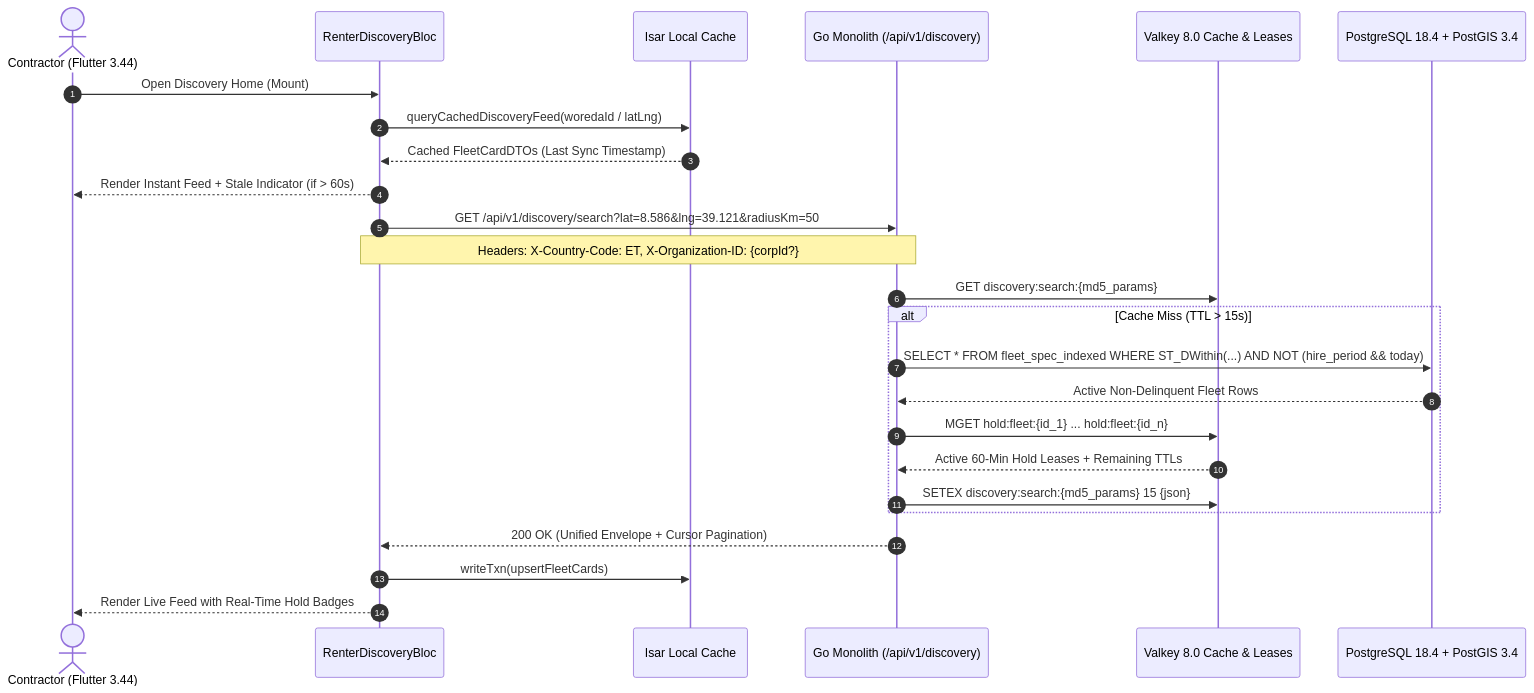
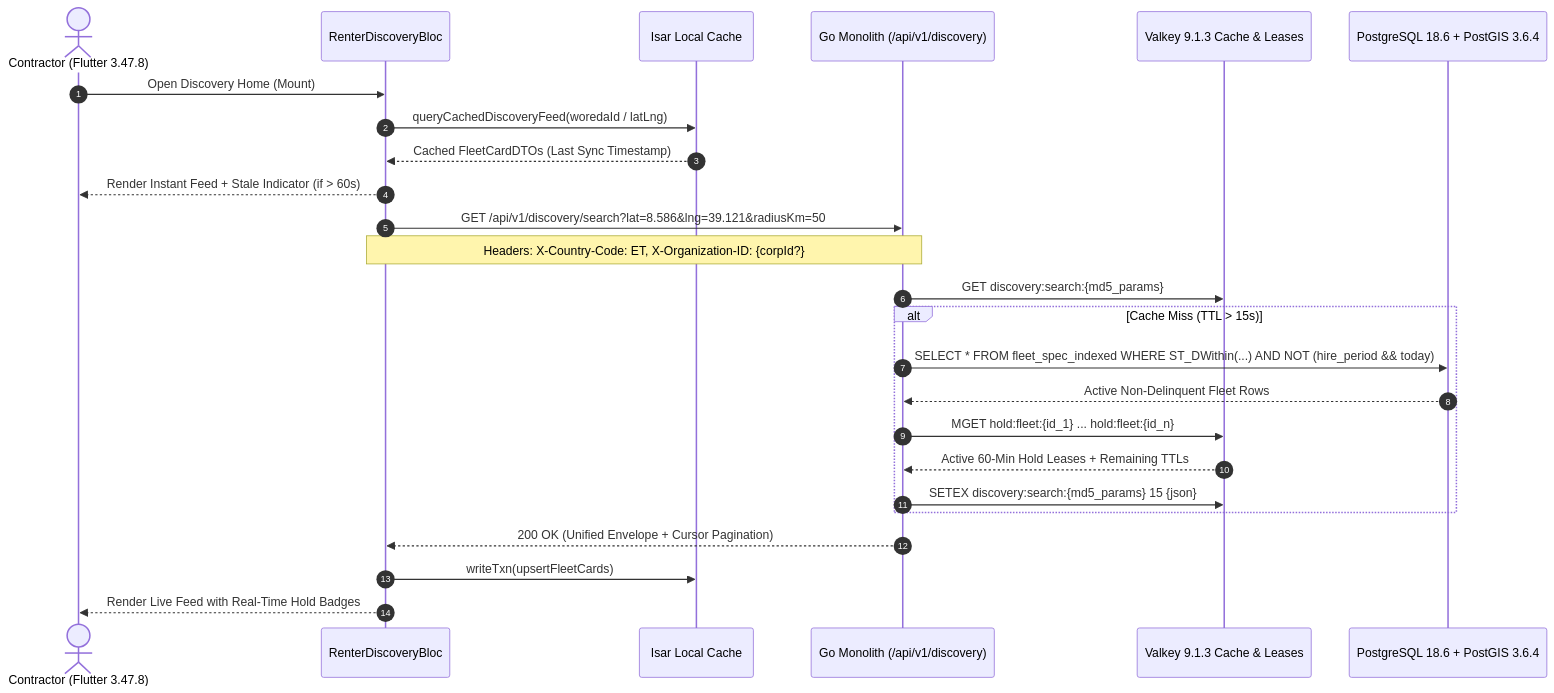
One commit to YDink/Heavy-Machinery-Logistics-Rental changed the second of 2 diagrams in docs/mobile/renter-experience/01-renter-home-discovery.md. Above: the diagram before and after it, drawn with Mermaid. The commit also changed other lines of this file and 212 other files, not shown here.

````diff
--- a/docs/mobile/renter-experience/01-renter-home-discovery.md
+++ b/docs/mobile/renter-experience/01-renter-home-discovery.md
@@ -125,28 +125,28 @@
 ```mermaid
 sequenceDiagram
     autonumber
-    actor Renter as Contractor (Flutter 3.44)
+    actor Renter as Contractor (Flutter 3.47.8)
     participant BLoC as RenterDiscoveryBloc
     participant Isar as Isar Local Cache
     participant API as Go Monolith (/api/v1/discovery)
-    participant Valkey as Valkey 8.0 Cache & Leases
-    participant PG as PostgreSQL 18.4 + PostGIS 3.4
+    participant Valkey as Valkey 9.1.3 Cache & Leases
+    participant PG as PostgreSQL 18.6 + PostGIS 3.6.4
 
     Renter->>BLoC: Open Discovery Home (Mount)
     BLoC->>Isar: queryCachedDiscoveryFeed(woredaId / latLng)
     Isar-->>BLoC: Cached FleetCardDTOs (Last Sync Timestamp)
     BLoC-->>Renter: Render Instant Feed + Stale Indicator (if > 60s)
     BLoC->>API: GET /api/v1/discovery/search?lat=8.586&lng=39.121&radiusKm=50
     Note over BLoC,API: Headers: X-Country-Code: ET, X-Organization-ID: {corpId?}
     API->>Valkey: GET discovery:search:{md5_params}
     alt Cache Miss (TTL > 15s)
         API->>PG: SELECT * FROM fleet_spec_indexed WHERE ST_DWithin(...) AND NOT (hire_period && today)
         PG-->>API: Active Non-Delinquent Fleet Rows
         API->>Valkey: MGET hold:fleet:{id_1} ... hold:fleet:{id_n}
         Valkey-->>API: Active 60-Min Hold Leases + Remaining TTLs
         API->>Valkey: SETEX discovery:search:{md5_params} 15 {json}
     end
     API-->>BLoC: 200 OK (Unified Envelope + Cursor Pagination)
     BLoC->>Isar: writeTxn(upsertFleetCards)
     BLoC-->>Renter: Render Live Feed with Real-Time Hold Badges
 ```
````
